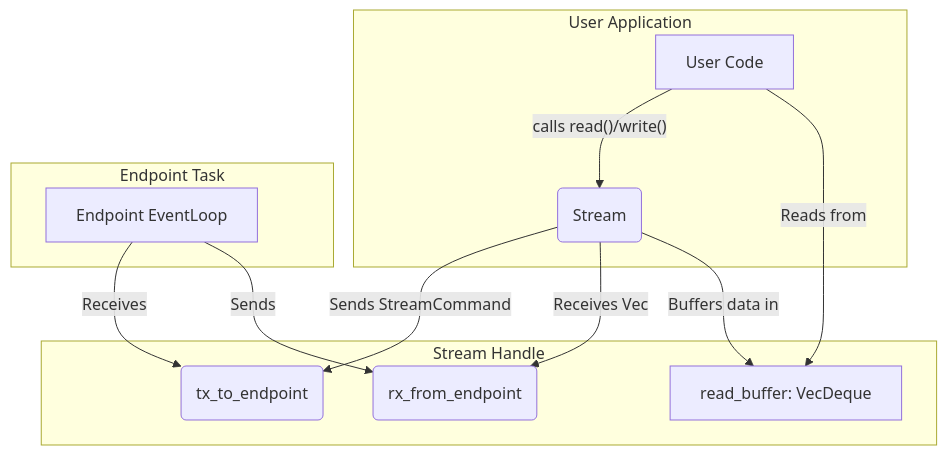
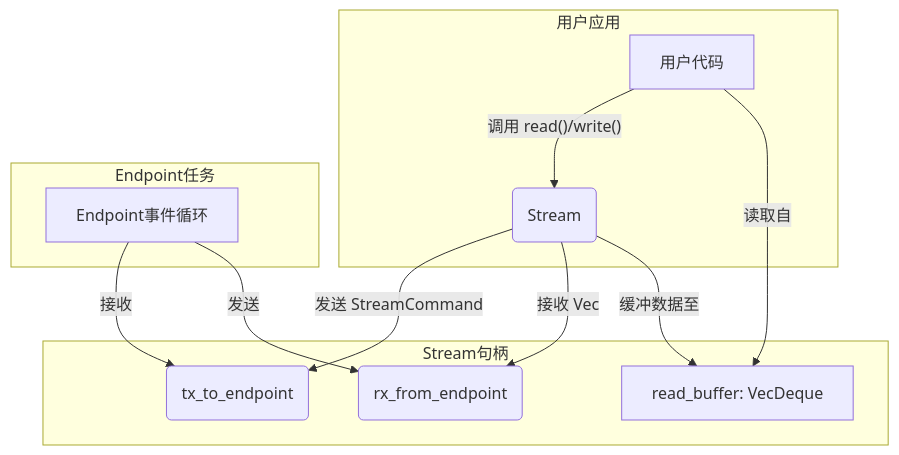
Before and after one commit to ShaoG-R/kestrel-protocol: the diagram in docs/src/dev-docs/components/stream.md, drawn with Mermaid. The commit also changed 4 other files, not shown here.

````diff
--- a/docs/src/dev-docs/components/stream.md
+++ b/docs/src/dev-docs/components/stream.md
@@ -33,19 +33,19 @@
 ```mermaid
 graph TD
-    subgraph "User Application"
-        A[User Code] -- "calls read()/write()" --> B(Stream)
+    subgraph "用户应用"
+        A["用户代码"] -- "调用 read()/write()" --> B(Stream)
     end
 
-    subgraph "Stream Handle"
-        B -- "Sends StreamCommand" --> C(tx_to_endpoint)
-        B -- "Receives Vec<Bytes>" --> D(rx_from_endpoint)
-        B -- "Buffers data in" --> E[read_buffer: VecDeque<Bytes>]
+    subgraph "Stream句柄"
+        B -- "发送 StreamCommand" --> C(tx_to_endpoint)
+        B -- "接收 Vec<Bytes>" --> D(rx_from_endpoint)
+        B -- "缓冲数据至" --> E["read_buffer: VecDeque<Bytes>"]
     end
 
-    subgraph "Endpoint Task"
-        F[Endpoint EventLoop] -- "Receives" --> C
-        F -- "Sends" --> D
+    subgraph "Endpoint任务"
+        F["Endpoint事件循环"] -- "接收" --> C
+        F -- "发送" --> D
     end
 
-    A -- "Reads from" --> E
+    A -- "读取自" --> E
 ```
````
